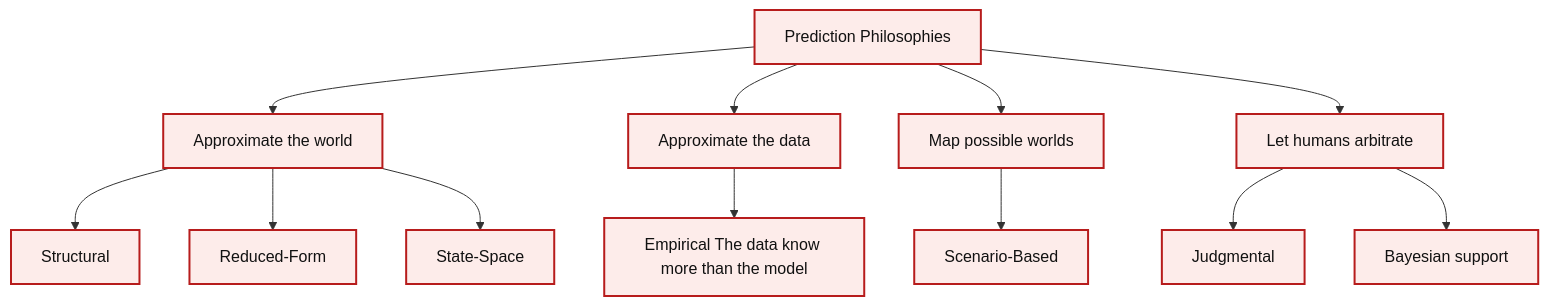
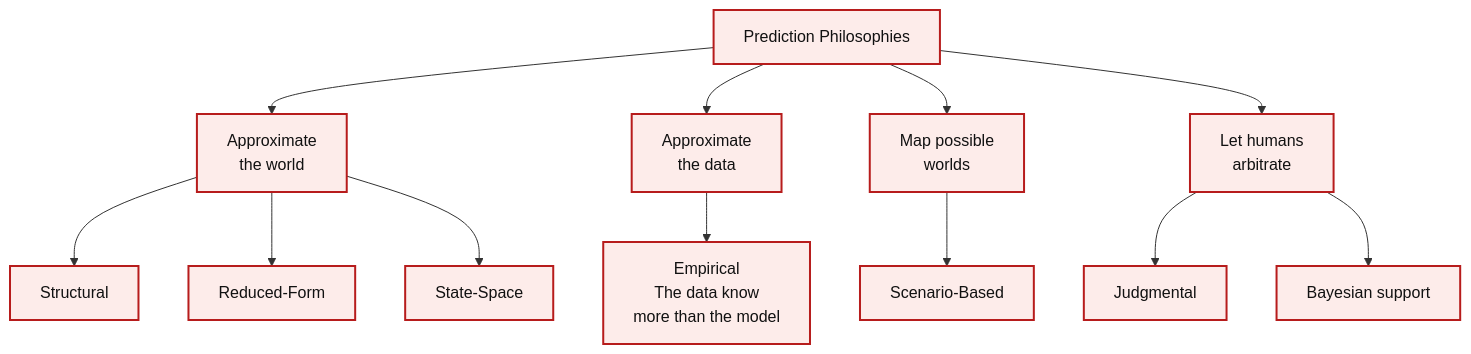
Before and after one commit to Tellusant/docs: the diagram in articles-posts/predictive-model-evaluation-framework.md, drawn with Mermaid.

```diff
--- a/articles-posts/predictive-model-evaluation-framework.md
+++ b/articles-posts/predictive-model-evaluation-framework.md
@@ -26,42 +26,42 @@
 <div class="mermaid">
 
 flowchart TD
 
 %% ========= NODES =========
 P["Prediction Philosophies"]:::risk
 
-AW["Approximate the world"]:::risk
-AD["Approximate the data"]:::risk
-PW["Map possible worlds"]:::risk
-HA["Let humans arbitrate"]:::risk
+AW["Approximate<br/>the world"]:::risk
+AD["Approximate<br/>the data"]:::risk
+PW["Map possible<br/>worlds"]:::risk
+HA["Let humans<br/>arbitrate"]:::risk
 
-EMP["Empirical The data know more than the model"]:::risk
+EMP["Empirical<br/>The data know<br/>more than the model"]:::risk
 STR["Structural"]:::risk
 RED["Reduced-Form"]:::risk
 STA["State-Space"]:::risk
 SCE["Scenario-Based"]:::risk
 JUD["Judgmental"]:::risk
 BAY["Bayesian support"]:::risk
 
 %% ========= RELATIONSHIPS =========
 P --> AW
 P --> AD
 P --> PW
 P --> HA
 AW --> STR
 AW --> RED
 AW --> STA
 AD --> EMP
 PW --> SCE
 HA --> JUD
 HA --> BAY
 
 %% ========= STYLES =========
 classDef strong  fill:#E8F5E9,stroke:#1B5E20,stroke-width:2px,color:#111;
 classDef neutral fill:#E3F2FD,stroke:#0D47A1,stroke-width:2px,color:#111;
 classDef mixed   fill:#FFF8E1,stroke:#FF6F00,stroke-width:2px,color:#111;
 classDef risk    fill:#FDECEA,stroke:#B71C1C,stroke-width:2px,color:#111;
 classDef summary fill:#F5F5F5,stroke:#424242,stroke-width:2px,color:#111;
 classDef anchor fill:transparent,stroke:transparent;
 
 </div>
```
